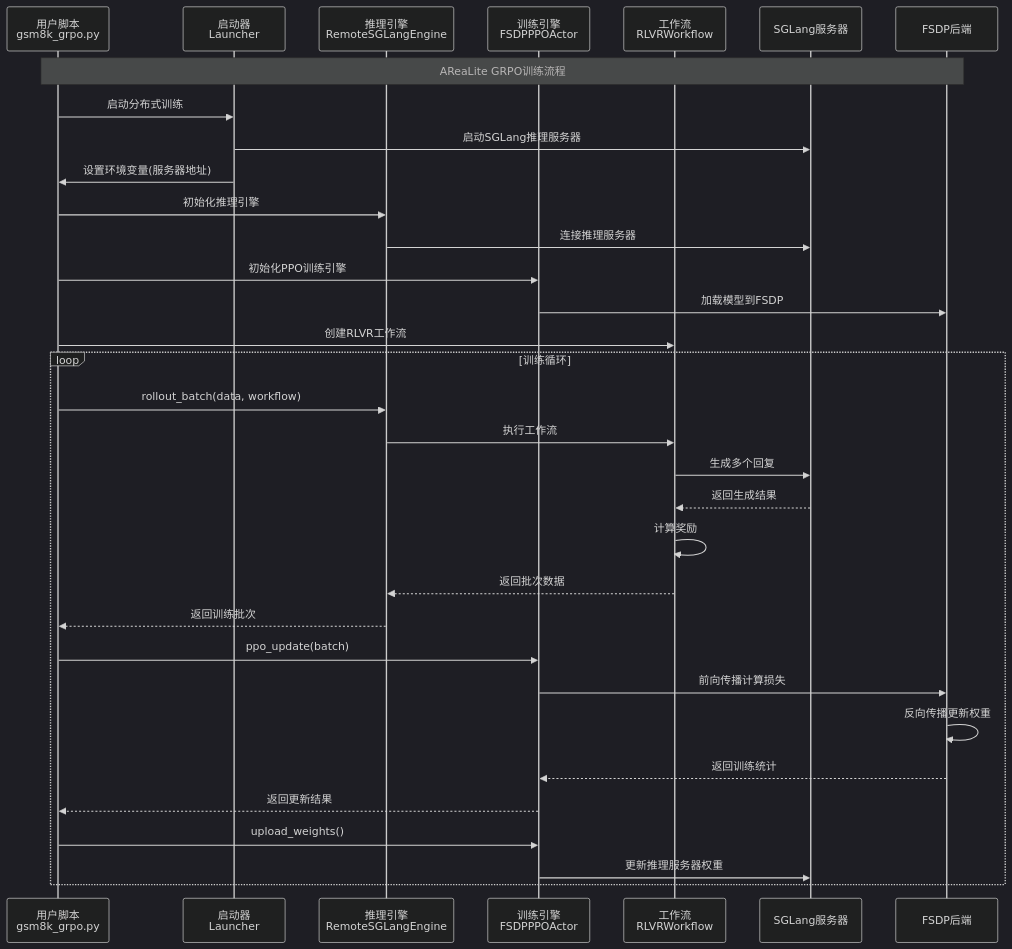
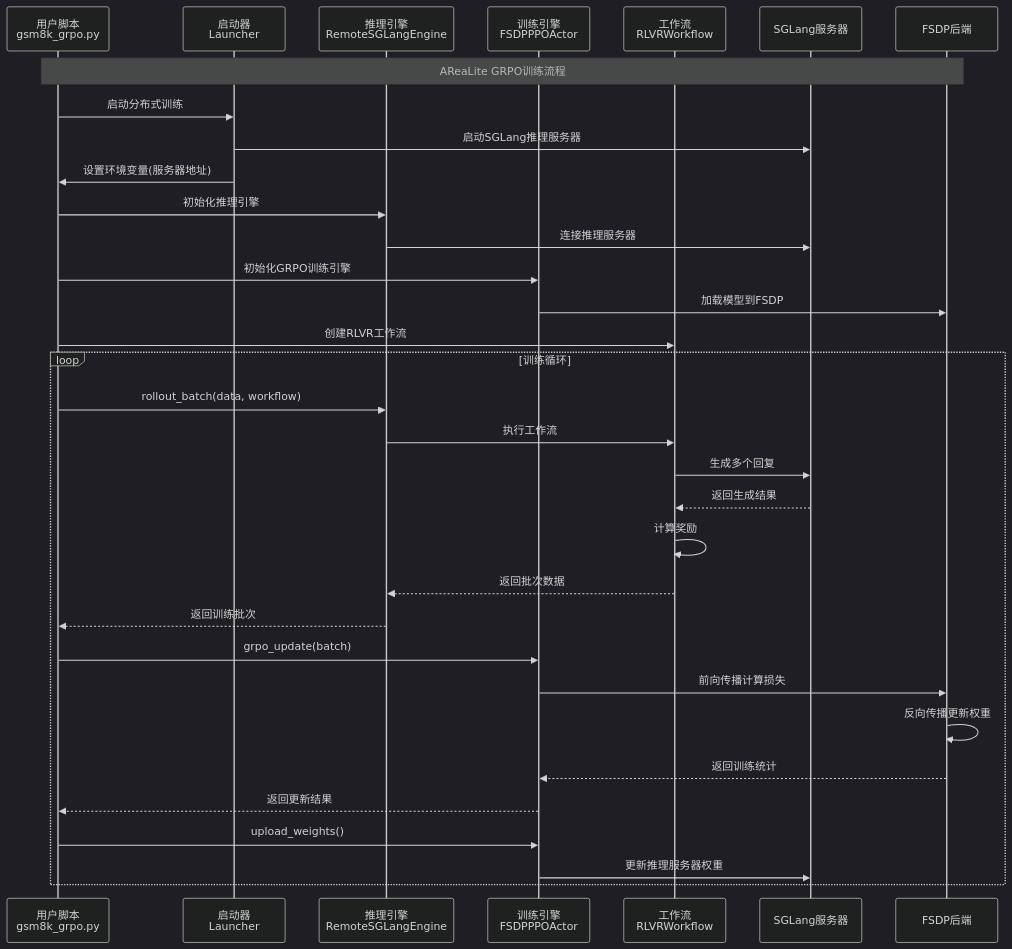
The second of 14 diagrams in docs/architecture/arealite_architecture.md (zhshgmail/AReaL), drawn with Mermaid (dark theme) before and after one commit. The commit also changed other lines of this file and 12 other files, not shown here.

Commit message:
update architecture docs

````diff
--- a/docs/architecture/arealite_architecture.md
+++ b/docs/architecture/arealite_architecture.md
@@ -120,43 +120,43 @@
 ```mermaid
 sequenceDiagram
     participant U as 用户脚本<br/>gsm8k_grpo.py
     participant L as 启动器<br/>Launcher
     participant R as 推理引擎<br/>RemoteSGLangEngine
     participant A as 训练引擎<br/>FSDPPPOActor
     participant W as 工作流<br/>RLVRWorkflow
     participant S as SGLang服务器
     participant F as FSDP后端
     
     Note over U,F: AReaLite GRPO训练流程
     
     U->>L: 启动分布式训练
     L->>S: 启动SGLang推理服务器
     L->>U: 设置环境变量(服务器地址)
     
     U->>R: 初始化推理引擎
     R->>S: 连接推理服务器
     
-    U->>A: 初始化PPO训练引擎
+    U->>A: 初始化GRPO训练引擎
     A->>F: 加载模型到FSDP
     
     U->>W: 创建RLVR工作流
     
     loop 训练循环
         U->>R: rollout_batch(data, workflow)
         R->>W: 执行工作流
         W->>S: 生成多个回复
         S-->>W: 返回生成结果
         W->>W: 计算奖励
         W-->>R: 返回批次数据
         R-->>U: 返回训练批次
         
-        U->>A: ppo_update(batch)
+        U->>A: grpo_update(batch)
         A->>F: 前向传播计算损失
         F->>F: 反向传播更新权重
         F-->>A: 返回训练统计
         A-->>U: 返回更新结果
         
         U->>A: upload_weights()
         A->>S: 更新推理服务器权重
     end
 ```
````
